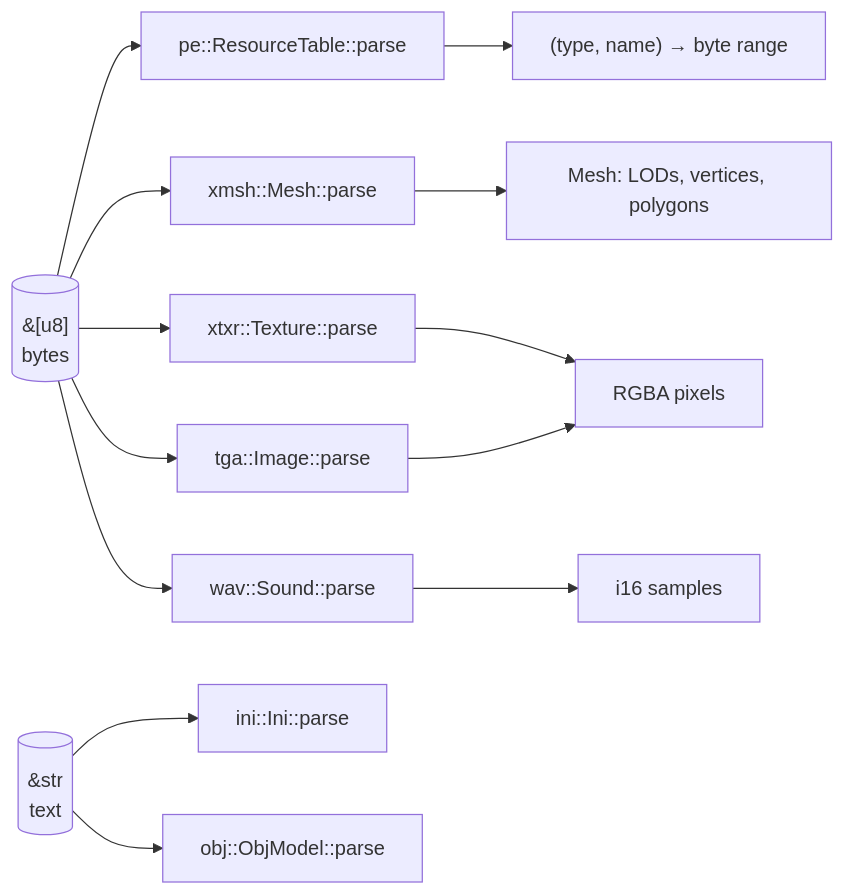
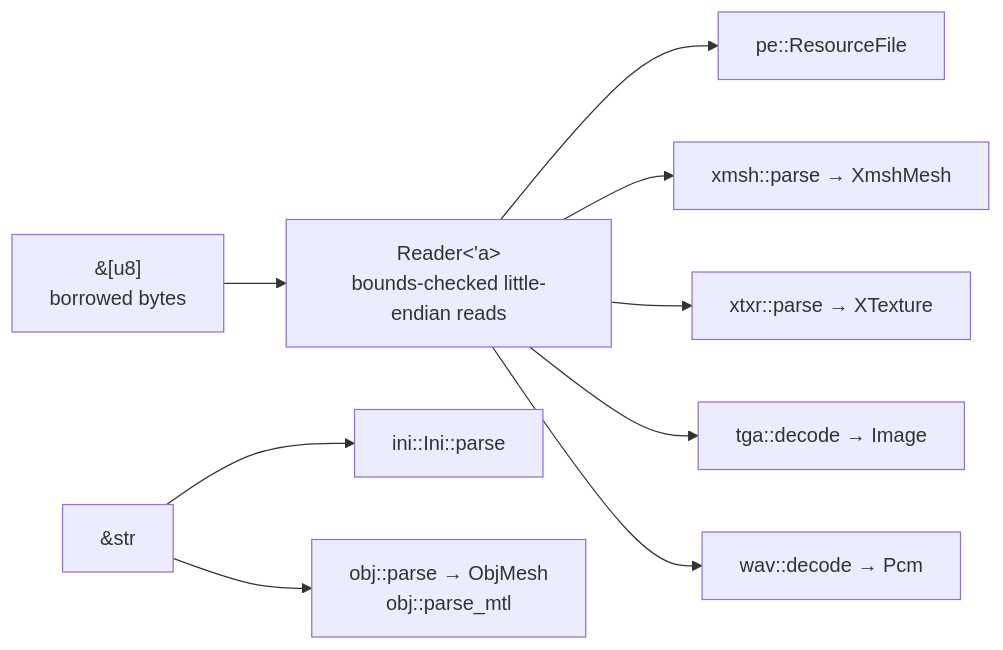
The diagram in docs/architecture/formats.md (bbogovich/OpenInterceptor), drawn with Mermaid before and after one commit. The commit also changed other lines of this file and 48 other files, not shown here.

````diff
--- a/docs/architecture/formats.md
+++ b/docs/architecture/formats.md
@@ -9,15 +9,11 @@
 ```mermaid
 flowchart LR
-    B[("&[u8]<br/>bytes")] --> PE["pe::ResourceTable::parse"]
-    B --> X["xmsh::Mesh::parse"]
-    B --> T["xtxr::Texture::parse"]
-    B --> G["tga::Image::parse"]
-    B --> W["wav::Sound::parse"]
-    S[("&str<br/>text")] --> I["ini::Ini::parse"]
-    S --> O["obj::ObjModel::parse"]
-    PE --> R["(type, name) → byte range"]
-    X --> M["Mesh: LODs, vertices, polygons"]
-    T --> P["RGBA pixels"]
-    G --> P
-    W --> PCM["i16 samples"]
+    B["&[u8]<br/>borrowed bytes"] --> RD["Reader&lt;'a&gt;<br/>bounds-checked little-endian reads"]
+    RD --> PE["pe::ResourceFile"]
+    RD --> XM["xmsh::parse → XmshMesh"]
+    RD --> XT["xtxr::parse → XTexture"]
+    RD --> TG["tga::decode → Image"]
+    RD --> WV["wav::decode → Pcm"]
+    TXT["&str"] --> INI["ini::Ini::parse"]
+    TXT --> OBJ["obj::parse → ObjMesh<br/>obj::parse_mtl"]
 ```
````
